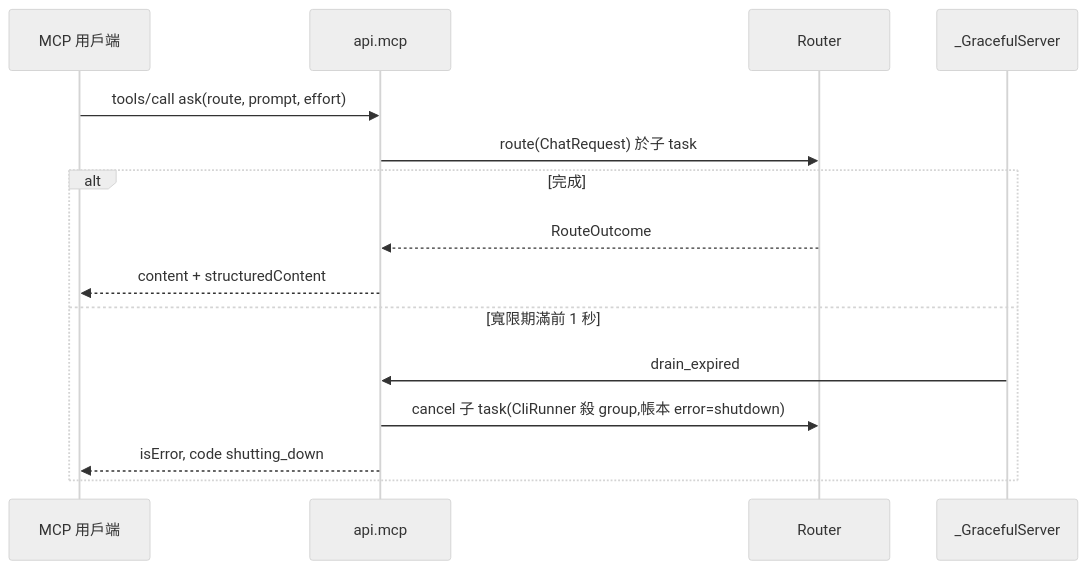
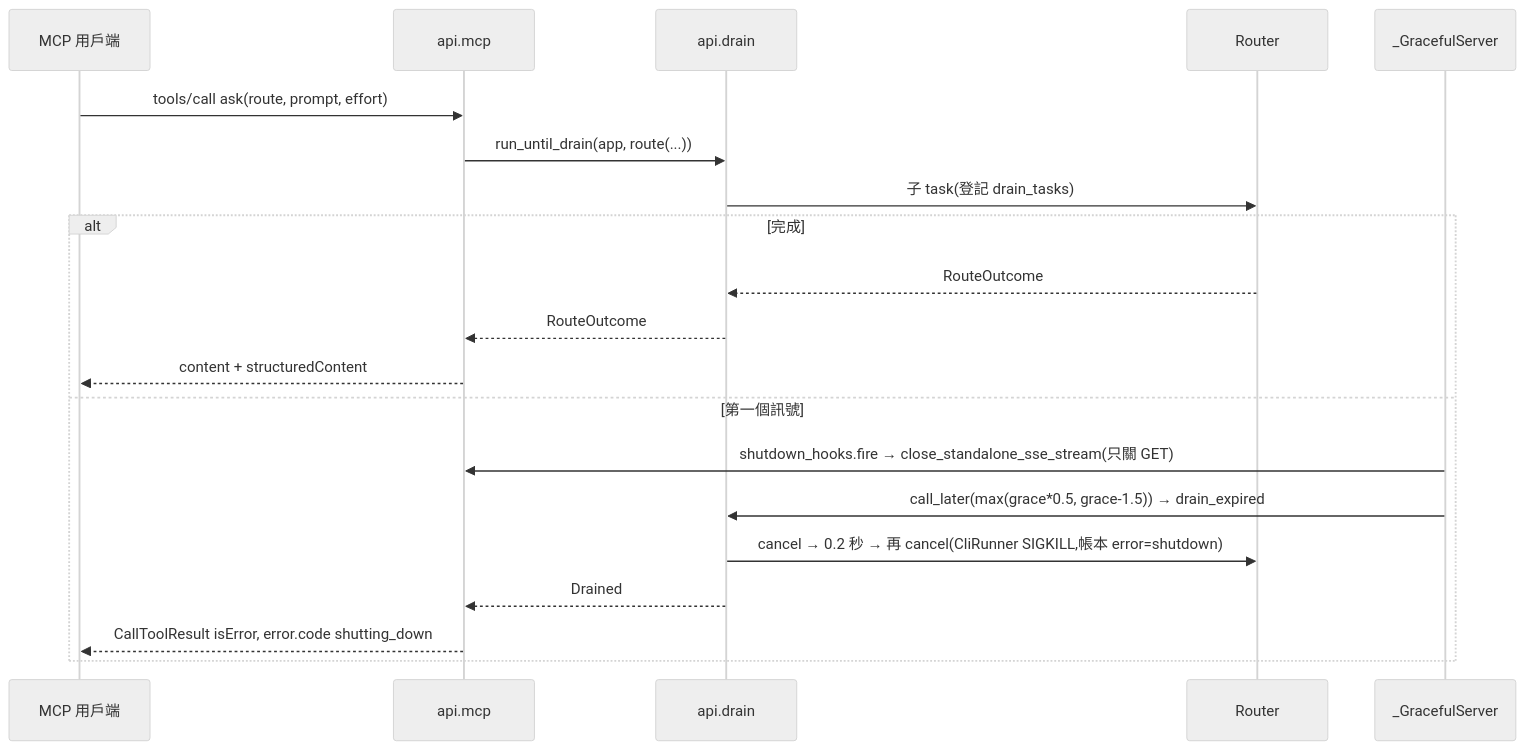
The third of 4 diagrams in sdlc_docs/changes/CHG-20261102-01.md (kamira/spillway), drawn with Mermaid (neutral theme) before and after one commit. The commit also changed other lines of this file and 1 other file, not shown here.

````diff
--- a/sdlc_docs/changes/CHG-20261102-01.md
+++ b/sdlc_docs/changes/CHG-20261102-01.md
@@ -108,17 +115,22 @@
 ```mermaid
 sequenceDiagram
   participant C as MCP 用戶端
   participant M as api.mcp
+  participant D as api.drain
   participant R as Router
   participant S as _GracefulServer
   C->>M: tools/call ask(route, prompt, effort)
-  M->>R: route(ChatRequest) 於子 task
+  M->>D: run_until_drain(app, route(...))
+  D->>R: 子 task(登記 drain_tasks)
   alt 完成
-    R-->>M: RouteOutcome
+    R-->>D: RouteOutcome
+    D-->>M: RouteOutcome
     M-->>C: content + structuredContent
-  else 寬限期滿前 1 秒
-    S->>M: drain_expired
-    M->>R: cancel 子 task(CliRunner 殺 group,帳本 error=shutdown)
-    M-->>C: isError, code shutting_down
+  else 第一個訊號
+    S->>M: shutdown_hooks.fire → close_standalone_sse_stream(只關 GET)
+    S->>D: call_later(max(grace*0.5, grace-1.5)) → drain_expired
+    D->>R: cancel → 0.2 秒 → 再 cancel(CliRunner SIGKILL,帳本 error=shutdown)
+    D-->>M: Drained
+    M-->>C: CallToolResult isError, error.code shutting_down
   end
 ```
````
